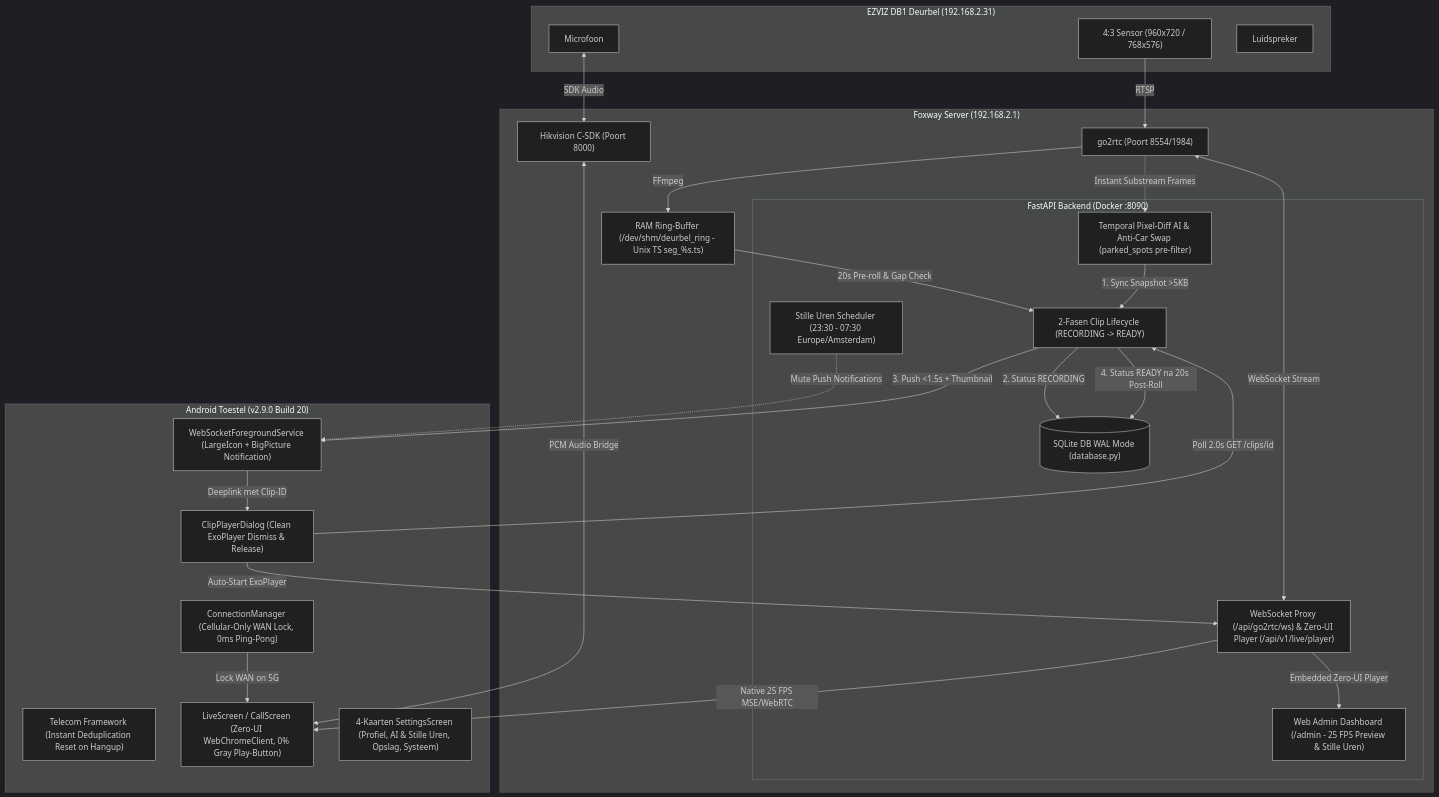
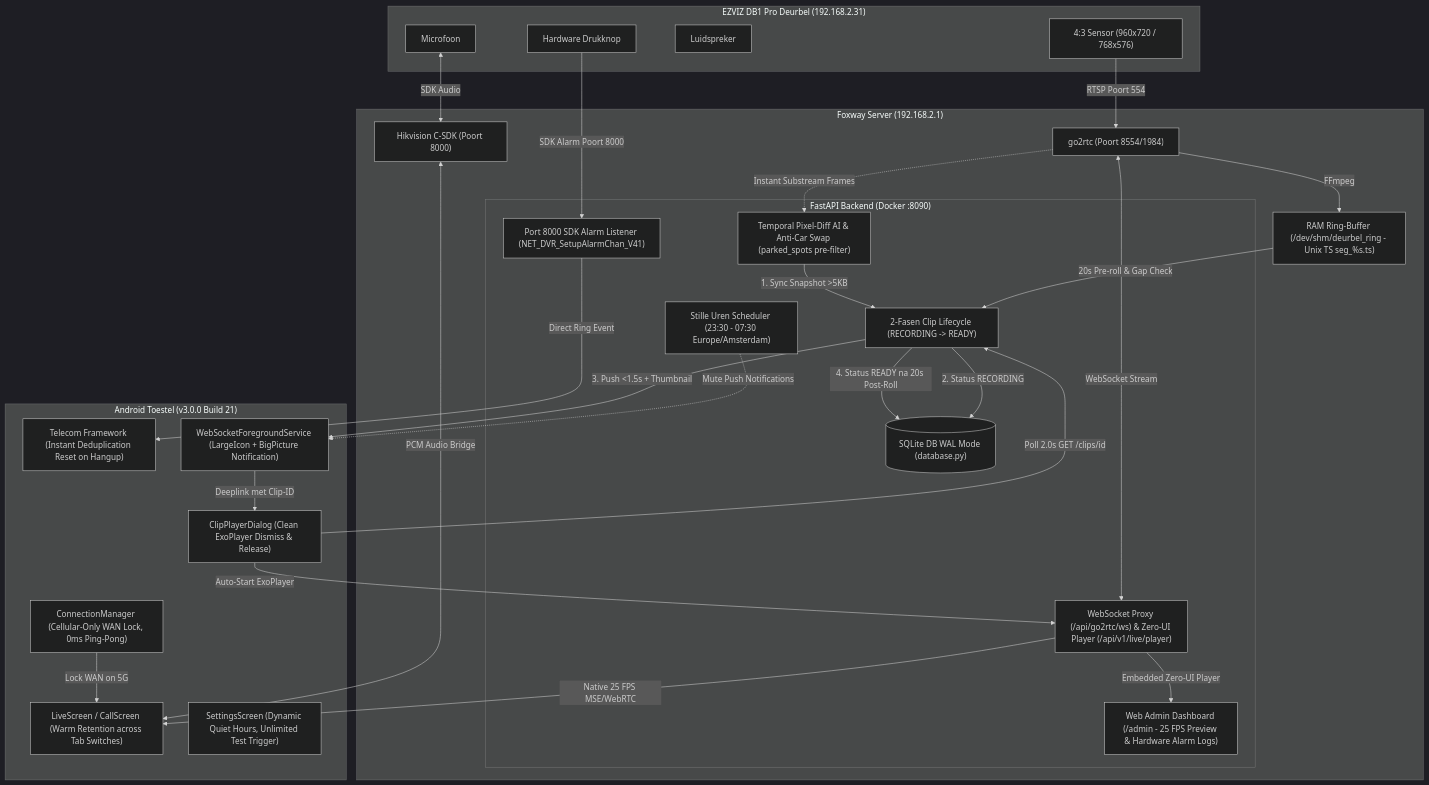
One commit to foxway-nl/deurbel changed the diagram in docs/ARCHITECTURE.md. Above: the diagram before and after it, drawn with Mermaid (dark theme). The commit also changed other lines of this file and 25 other files, not shown here.

Commit message:
feat(release): v3.0.0 - port 8000 sdk doorbell button detection, restore live & clip audio, zero port 80 reliance, warm stream retention

````diff
--- a/docs/ARCHITECTURE.md
+++ b/docs/ARCHITECTURE.md
@@ -9,53 +11,57 @@
 ```mermaid
 flowchart TD
-    subgraph Camera ["EZVIZ DB1 Deurbel (192.168.2.31)"]
+    subgraph Camera ["EZVIZ DB1 Pro Deurbel (192.168.2.31)"]
         CamSensor["4:3 Sensor (960x720 / 768x576)"]
         CamMic["Microfoon"]
         CamSpk["Luidspreker"]
+        CamBtn["Hardware Drukknop"]
     end
 
     subgraph Server ["Foxway Server (192.168.2.1)"]
         RTSP["go2rtc (Poort 8554/1984)"]
         SDK["Hikvision C-SDK (Poort 8000)"]
         RingBuffer["RAM Ring-Buffer (/dev/shm/deurbel_ring - Unix TS seg_%s.ts)"]
         
         subgraph Backend ["FastAPI Backend (Docker :8090)"]
+            SDKAlarm["Port 8000 SDK Alarm Listener (NET_DVR_SetupAlarmChan_V41)"]
             WSProxy["WebSocket Proxy (/api/go2rtc/ws) & Zero-UI Player (/api/v1/live/player)"]
             TemporalAI["Temporal Pixel-Diff AI & Anti-Car Swap (parked_spots pre-filter)"]
             Lifecycle["2-Fasen Clip Lifecycle (RECORDING -> READY)"]
             QuietHours["Stille Uren Scheduler (23:30 - 07:30 Europe/Amsterdam)"]
-            AdminUI["Web Admin Dashboard (/admin - 25 FPS Preview & Stille Uren)"]
+            AdminUI["Web Admin Dashboard (/admin - 25 FPS Preview & Hardware Alarm Logs)"]
             SQLite[("SQLite DB WAL Mode (database.py)")]
         end
     end
 
-    subgraph Client ["Android Toestel (v2.9.0 Build 20)"]
+    subgraph Client ["Android Toestel (v3.0.0 Build 21)"]
         Telecom["Telecom Framework (Instant Deduplication Reset on Hangup)"]
-        LiveView["LiveScreen / CallScreen (Zero-UI WebChromeClient, 0% Gray Play-Button)"]
+        LiveView["LiveScreen / CallScreen (Warm Retention across Tab Switches)"]
         ClipPlayer["ClipPlayerDialog (Clean ExoPlayer Dismiss & Release)"]
         ConnMgr["ConnectionManager (Cellular-Only WAN Lock, 0ms Ping-Pong)"]
         NotifService["WebSocketForegroundService (LargeIcon + BigPicture Notification)"]
-        SettingsUI["4-Kaarten SettingsScreen (Profiel, AI & Stille Uren, Opslag, Systeem)"]
+        SettingsUI["SettingsScreen (Dynamic Quiet Hours, Unlimited Test Trigger)"]
     end
 
-    CamSensor -->|RTSP| RTSP
+    CamSensor -->|RTSP Poort 554| RTSP
+    CamBtn -->|SDK Alarm Poort 8000| SDKAlarm
+    SDKAlarm -->|Direct Ring Event| Telecom
     RTSP -->|FFmpeg| RingBuffer
     RTSP <-->|WebSocket Stream| WSProxy
     WSProxy -->|Native 25 FPS MSE/WebRTC| LiveView
     WSProxy -->|Embedded Zero-UI Player| AdminUI
     RTSP -.->|Instant Substream Frames| TemporalAI
     
     CamMic <-->|SDK Audio| SDK
     SDK <-->|PCM Audio Bridge| LiveView
     
     RingBuffer -->|20s Pre-roll & Gap Check| Lifecycle
     TemporalAI -->|1. Sync Snapshot >5KB| Lifecycle
     QuietHours -.->|Mute Push Notifications| NotifService
     Lifecycle -->|2. Status RECORDING| SQLite
     Lifecycle -->|3. Push <1.5s + Thumbnail| NotifService
     NotifService -->|Deeplink met Clip-ID| ClipPlayer
     ClipPlayer -->|Poll 2.0s GET /clips/id| Lifecycle
     Lifecycle -->|4. Status READY na 20s Post-Roll| SQLite
     ClipPlayer -->|Auto-Start ExoPlayer| WSProxy
     ConnMgr -->|Lock WAN on 5G| LiveView
 ```
````
